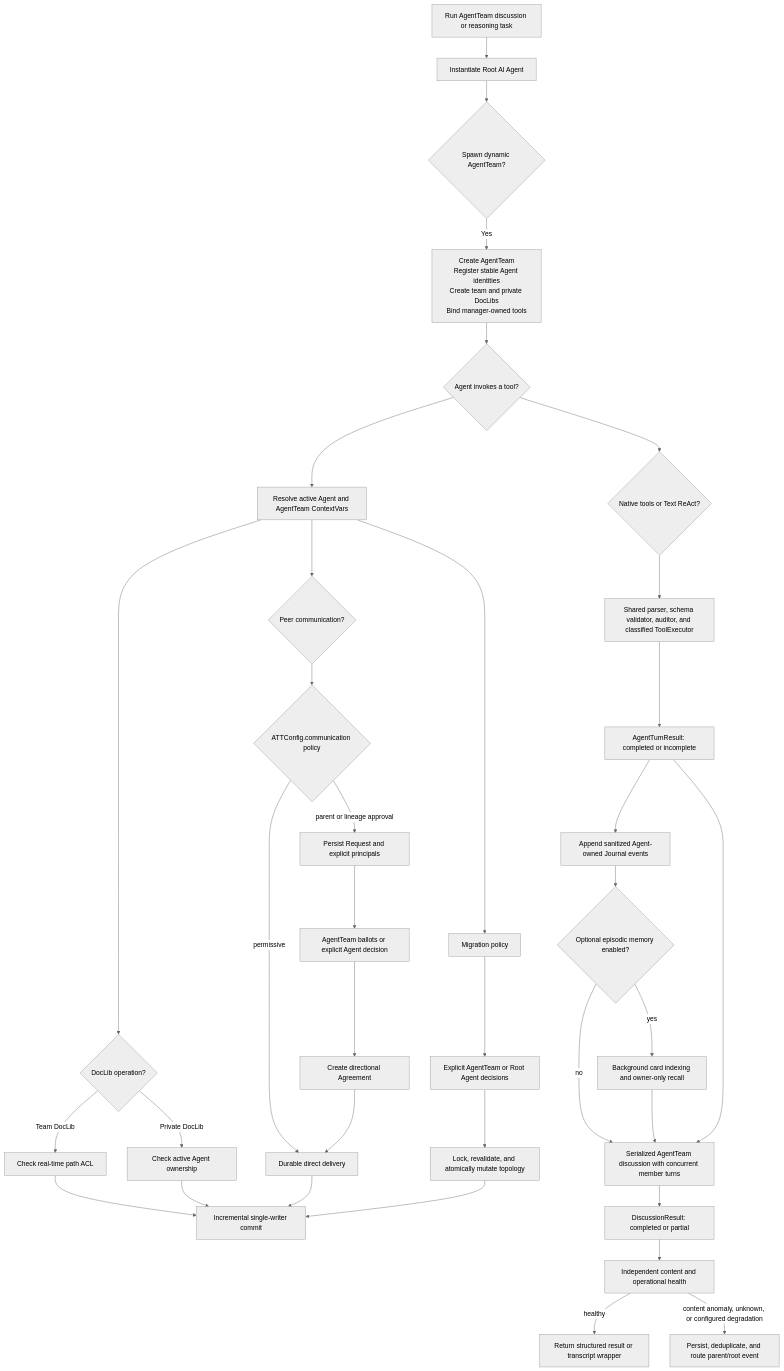
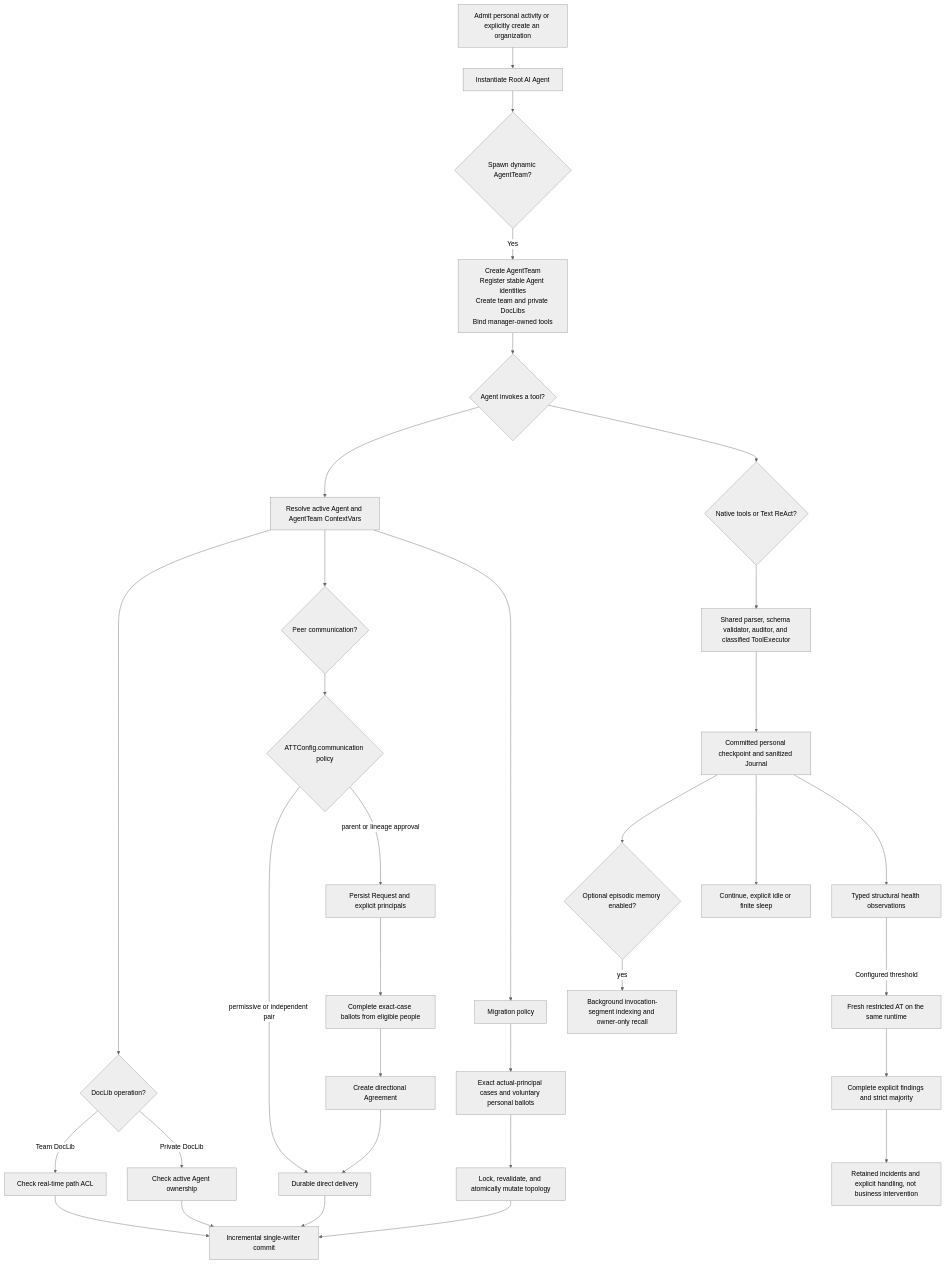
One commit to AI-Team-Team/AI-Team-Team changed the diagram in docs/flowcharts/README.md. Above: the diagram before and after it, drawn with Mermaid (neutral theme). The commit also changed other lines of this file and 310 other files, not shown here.

````diff
--- a/docs/flowcharts/README.md
+++ b/docs/flowcharts/README.md
@@ -21,38 +21,35 @@
 ```mermaid
 flowchart TD
-    Task["Run AgentTeam discussion or reasoning task"] --> Root["Instantiate Root AI Agent"]
+    Task["Admit personal activity or explicitly create an organization"] --> Root["Instantiate Root AI Agent"]
     Root --> Spawn{"Spawn dynamic AgentTeam?"}
     Spawn -- "Yes" --> Identity["Create AgentTeam<br/>Register stable Agent identities<br/>Create team and private DocLibs<br/>Bind manager-owned tools"]
     Identity --> ToolCall{"Agent invokes a tool?"}
     ToolCall --> Context["Resolve active Agent and AgentTeam ContextVars"]
     Context --> Files{"DocLib operation?"}
     Files -- "Team DocLib" --> ACL["Check real-time path ACL"]
     Files -- "Private DocLib" --> Owner["Check active Agent ownership"]
     ACL --> Persist["Incremental single-writer commit"]
     Owner --> Persist
     Context --> Peer{"Peer communication?"}
     Peer --> CommPolicy{"ATTConfig.communication policy"}
-    CommPolicy -- "permissive" --> Delivery["Durable direct delivery"]
+    CommPolicy -- "permissive or independent pair" --> Delivery["Durable direct delivery"]
     CommPolicy -- "parent or lineage approval" --> Request["Persist Request and explicit principals"]
-    Request --> Decision["AgentTeam ballots or explicit Agent decision"]
+    Request --> Decision["Complete exact-case ballots from eligible people"]
     Decision --> Agreement["Create directional Agreement"]
     Agreement --> Delivery
     Delivery --> Persist
     Context --> Migration["Migration policy"]
-    Migration --> Governance["Explicit AgentTeam or Root Agent decisions"]
+    Migration --> Governance["Exact actual-principal cases and voluntary personal ballots"]
     Governance --> Topology["Lock, revalidate, and atomically mutate topology"]
     Topology --> Persist
     ToolCall --> Strategy{"Native tools or Text ReAct?"}
     Strategy --> Executor["Shared parser, schema validator, auditor, and classified ToolExecutor"]
-    Executor --> Turn["AgentTurnResult: completed or incomplete"]
-    Turn --> Journal["Append sanitized Agent-owned Journal events"]
-    Journal --> MemoryGate{"Optional episodic memory enabled?"}
-    MemoryGate -- "yes" --> Catalog["Background card indexing and owner-only recall"]
-    MemoryGate -- "no" --> Discussion
-    Catalog --> Discussion
-    Turn --> Discussion["Serialized AgentTeam discussion with concurrent member turns"]
-    Discussion --> Detailed["DiscussionResult: completed or partial"]
-    Detailed --> Audit["Independent content and operational health"]
-    Audit -- "healthy" --> Done["Return structured result or transcript wrapper"]
-    Audit -- "content anomaly, unknown, or configured degradation" --> Escalate["Persist, deduplicate, and route parent/root event"]
+    Executor --> Checkpoint["Committed personal checkpoint and sanitized Journal"]
+    Checkpoint --> MemoryGate{"Optional episodic memory enabled?"}
+    MemoryGate -- "yes" --> Catalog["Background invocation-segment indexing and owner-only recall"]
+    Checkpoint --> Continue["Continue, explicit idle or finite sleep"]
+    Checkpoint --> Evidence["Typed structural health observations"]
+    Evidence -- "Configured threshold" --> Audit["Fresh restricted AT on the same runtime"]
+    Audit --> Findings["Complete explicit findings and strict majority"]
+    Findings --> Incidents["Retained incidents and explicit handling, not business intervention"]
 ```
````
